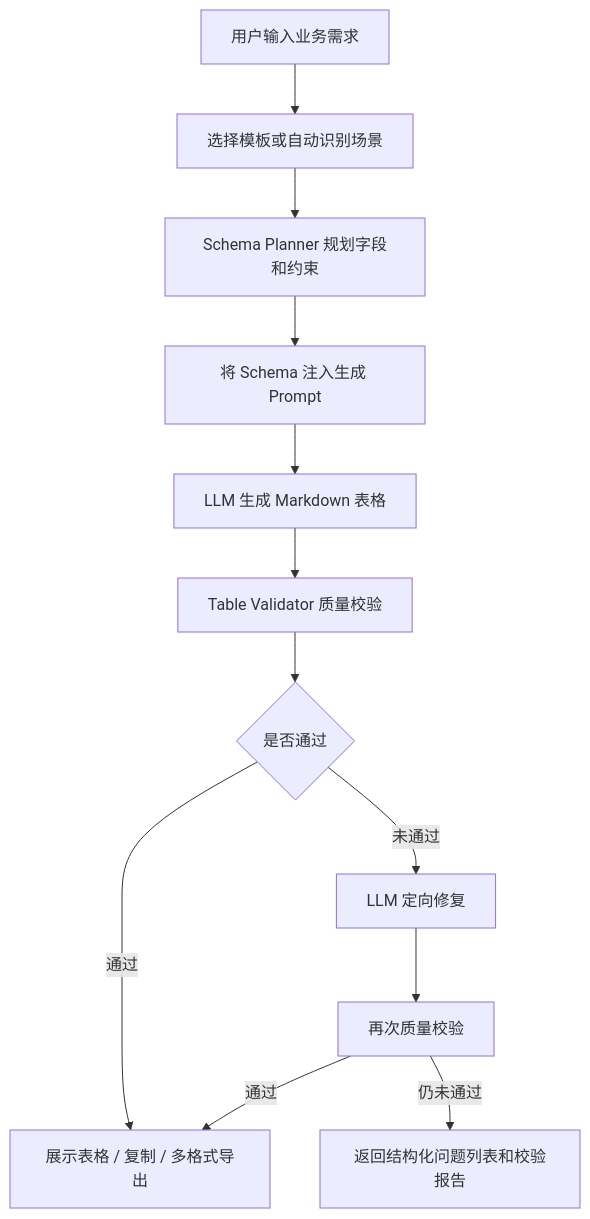
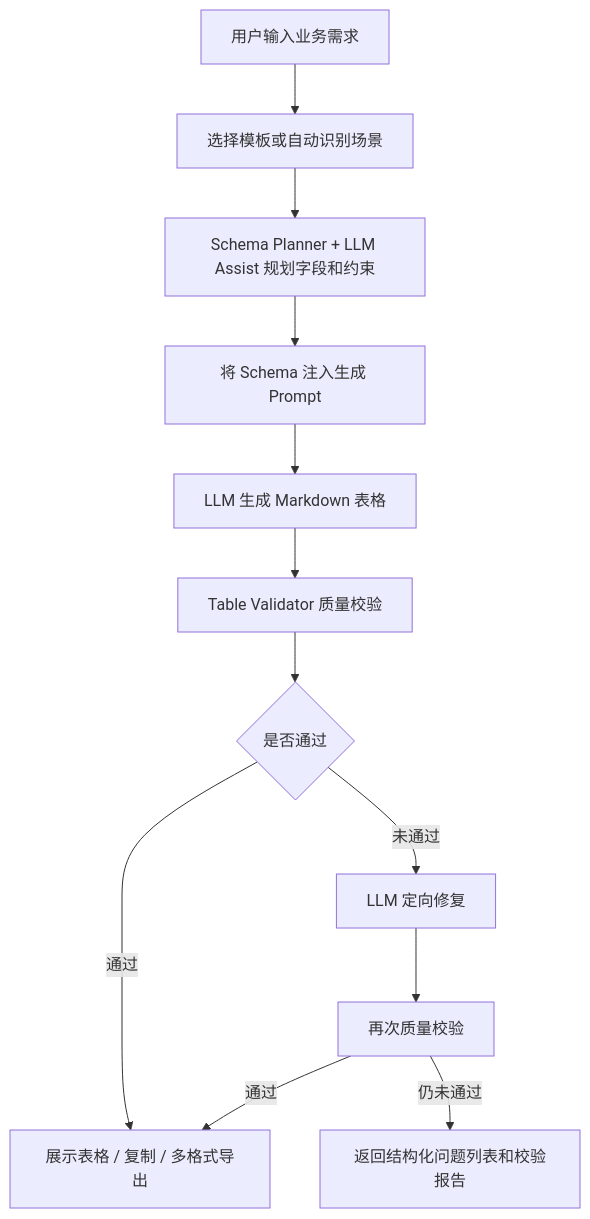
One commit to xhuandy666/LLM changed the first of 2 diagrams in README.md. Above: the diagram before and after it, drawn with Mermaid. The commit also changed other lines of this file and 4 other files, not shown here.

Commit message:
Use LLM schema assist in data generation

````diff
--- a/README.md
+++ b/README.md
@@ -26,14 +26,14 @@
 ```mermaid
 flowchart TD
     A["用户输入业务需求"] --> B["选择模板或自动识别场景"]
-    B --> C["Schema Planner 规划字段和约束"]
+    B --> C["Schema Planner + LLM Assist 规划字段和约束"]
     C --> D["将 Schema 注入生成 Prompt"]
     D --> E["LLM 生成 Markdown 表格"]
     E --> F["Table Validator 质量校验"]
     F --> G{"是否通过"}
     G -- "通过" --> H["展示表格 / 复制 / 多格式导出"]
     G -- "未通过" --> I["LLM 定向修复"]
     I --> J["再次质量校验"]
     J -- "通过" --> H
     J -- "仍未通过" --> K["返回结构化问题列表和校验报告"]
 ```
````
